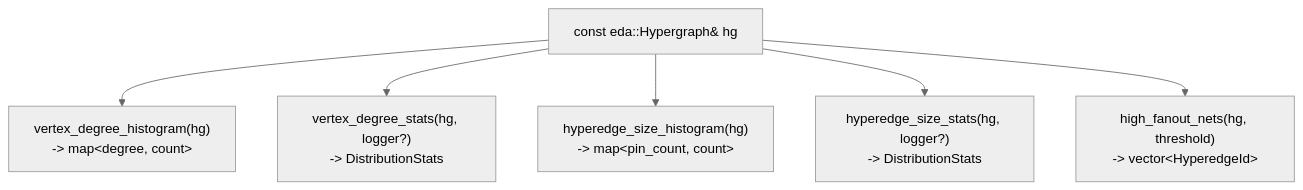
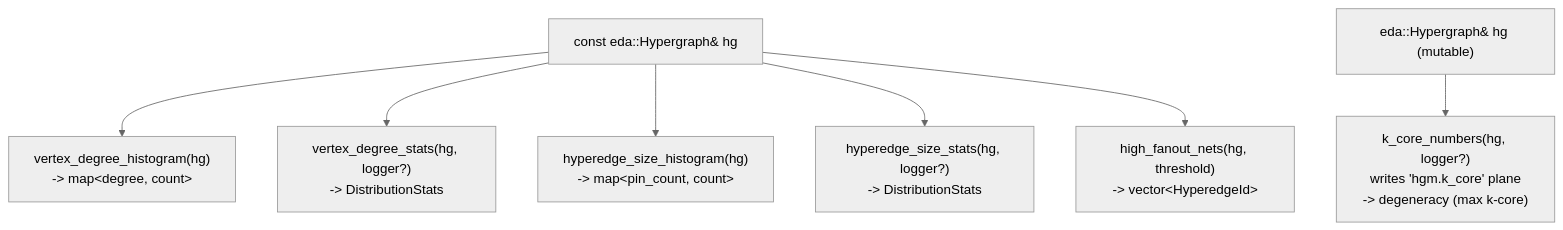
One commit to rfive88/eda-lab changed the first of 7 diagrams in src/hg_metrics/FLOW.md. Above: the diagram before and after it, drawn with Mermaid (neutral theme). The commit also changed other lines of this file and 4 other files, not shown here.

````diff
--- a/src/hg_metrics/FLOW.md
+++ b/src/hg_metrics/FLOW.md
@@ -18,8 +22,9 @@
 ```mermaid
 graph TD
     A["const eda::Hypergraph& hg"] --> B["vertex_degree_histogram(hg)<br/>-> map&lt;degree, count&gt;"]
     A --> C["vertex_degree_stats(hg, logger?)<br/>-> DistributionStats"]
     A --> D["hyperedge_size_histogram(hg)<br/>-> map&lt;pin_count, count&gt;"]
     A --> E["hyperedge_size_stats(hg, logger?)<br/>-> DistributionStats"]
     A --> F["high_fanout_nets(hg, threshold)<br/>-> vector&lt;HyperedgeId&gt;"]
+    G["eda::Hypergraph& hg (mutable)"] --> H["k_core_numbers(hg, logger?)<br/>writes 'hgm.k_core' plane<br/>-> degeneracy (max k-core)"]
 ```
````
